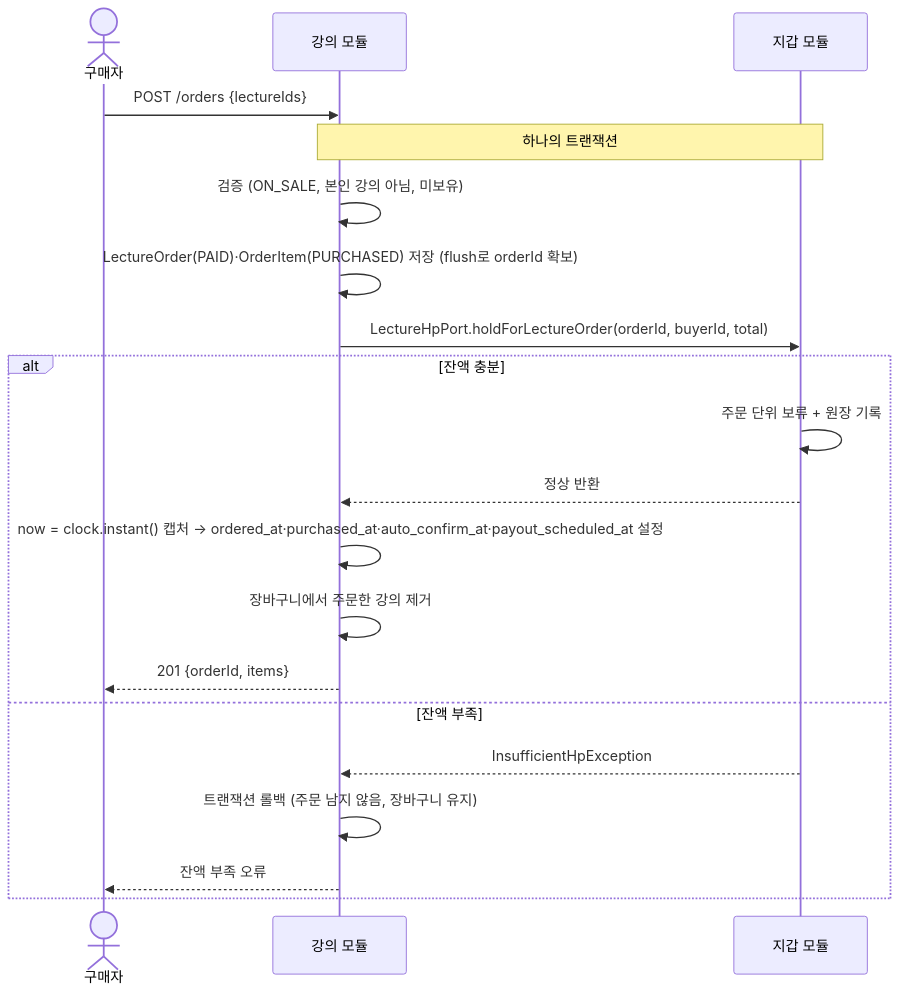
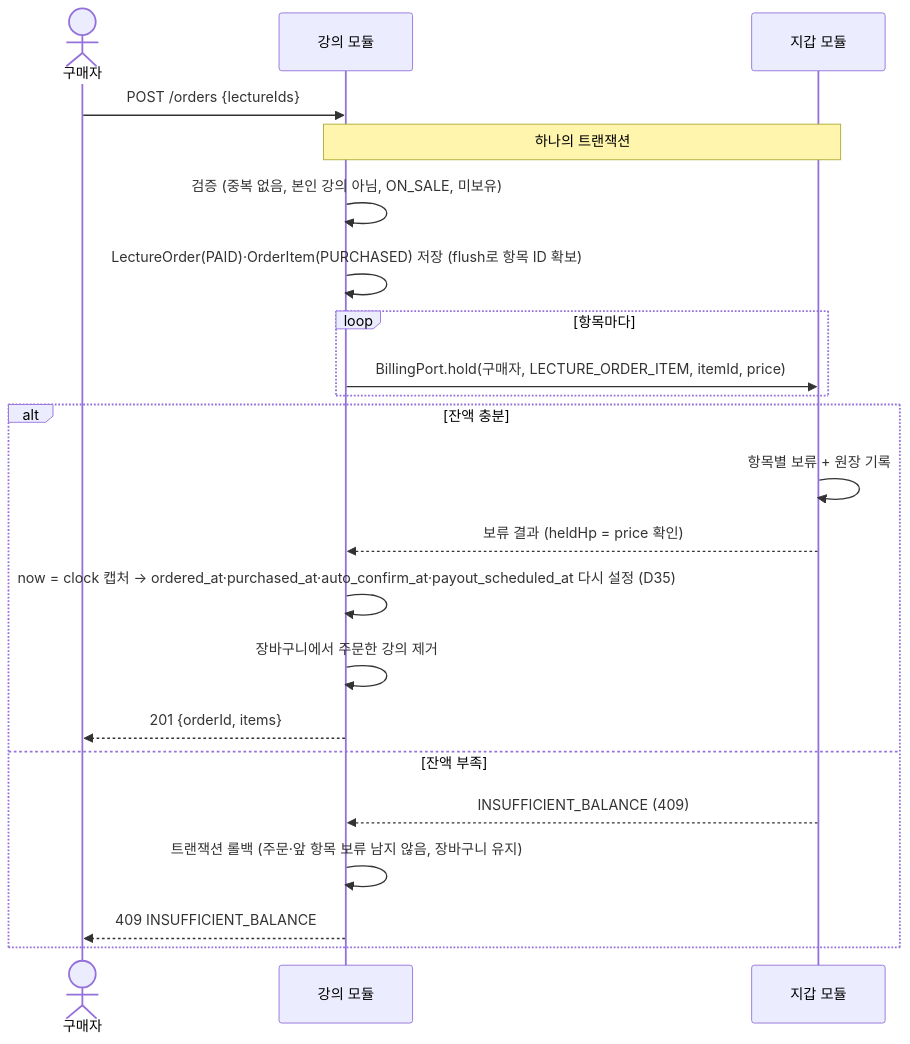
Before and after one commit to prgrms-be-adv-devcourse/beadv8_8_LMS_BE: the fifth of 9 diagrams in docs/design/lecture-module.md, drawn with Mermaid. The commit also changed other lines of this file and 18 other files, not shown here.

````diff
--- a/docs/design/lecture-module.md
+++ b/docs/design/lecture-module.md
@@ -428,22 +391,24 @@
 ```mermaid
 sequenceDiagram
     actor B as 구매자
     participant LEC as 강의 모듈
     participant WAL as 지갑 모듈
     B->>LEC: POST /orders {lectureIds}
     Note over LEC,WAL: 하나의 트랜잭션
-    LEC->>LEC: 검증 (ON_SALE, 본인 강의 아님, 미보유)
-    LEC->>LEC: LectureOrder(PAID)·OrderItem(PURCHASED) 저장 (flush로 orderId 확보)
-    LEC->>WAL: LectureHpPort.holdForLectureOrder(orderId, buyerId, total)
+    LEC->>LEC: 검증 (중복 없음, 본인 강의 아님, ON_SALE, 미보유)
+    LEC->>LEC: LectureOrder(PAID)·OrderItem(PURCHASED) 저장 (flush로 항목 ID 확보)
+    loop 항목마다
+        LEC->>WAL: BillingPort.hold(구매자, LECTURE_ORDER_ITEM, itemId, price)
+    end
     alt 잔액 충분
-        WAL->>WAL: 주문 단위 보류 + 원장 기록
-        WAL-->>LEC: 정상 반환
-        LEC->>LEC: now = clock.instant() 캡처 → ordered_at·purchased_at·auto_confirm_at·payout_scheduled_at 설정
+        WAL->>WAL: 항목별 보류 + 원장 기록
+        WAL-->>LEC: 보류 결과 (heldHp = price 확인)
+        LEC->>LEC: now = clock 캡처 → ordered_at·purchased_at·auto_confirm_at·payout_scheduled_at 다시 설정 (D35)
         LEC->>LEC: 장바구니에서 주문한 강의 제거
         LEC-->>B: 201 {orderId, items}
     else 잔액 부족
-        WAL-->>LEC: InsufficientHpException
-        LEC->>LEC: 트랜잭션 롤백 (주문 남지 않음, 장바구니 유지)
-        LEC-->>B: 잔액 부족 오류
+        WAL-->>LEC: INSUFFICIENT_BALANCE (409)
+        LEC->>LEC: 트랜잭션 롤백 (주문·앞 항목 보류 남지 않음, 장바구니 유지)
+        LEC-->>B: 409 INSUFFICIENT_BALANCE
     end
 ```
````
